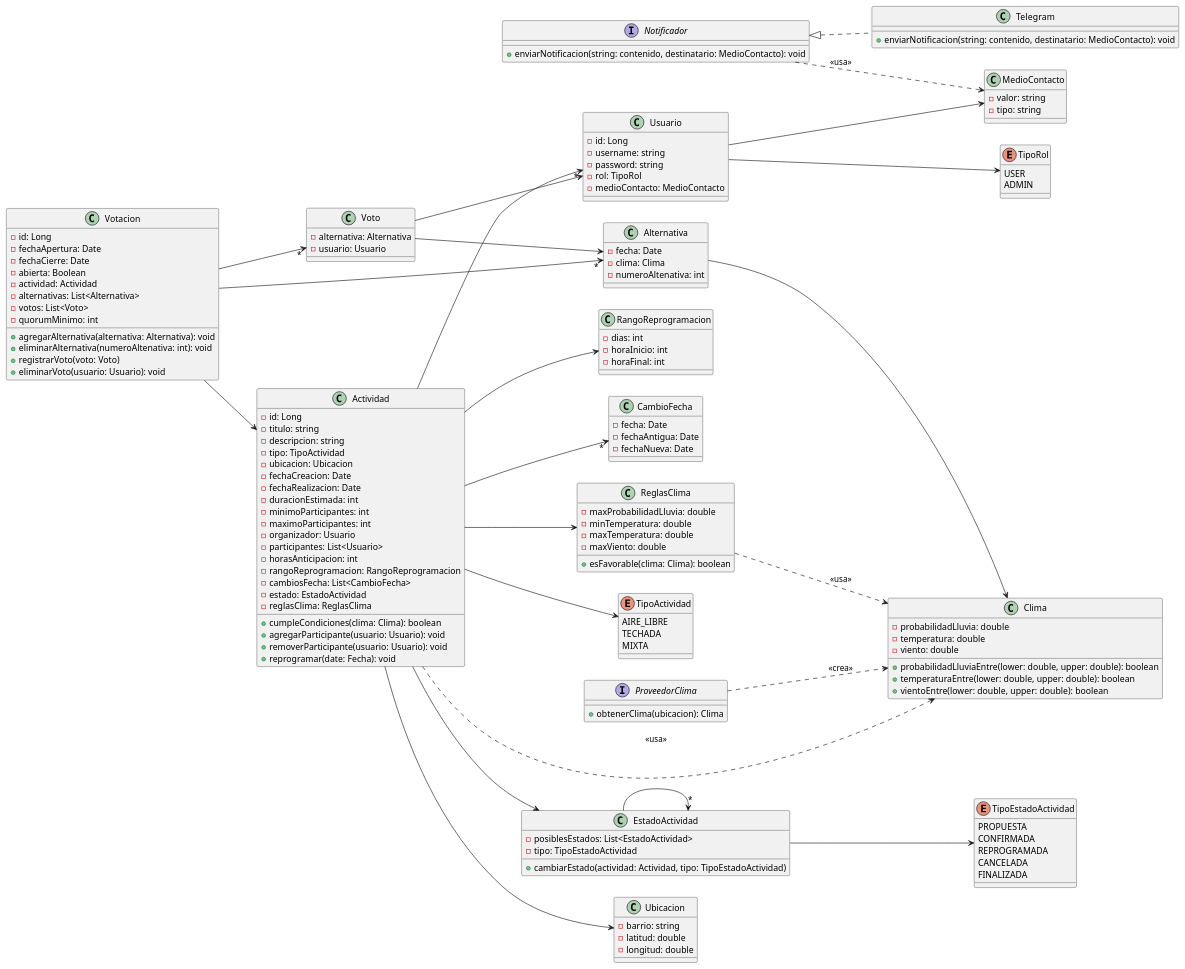
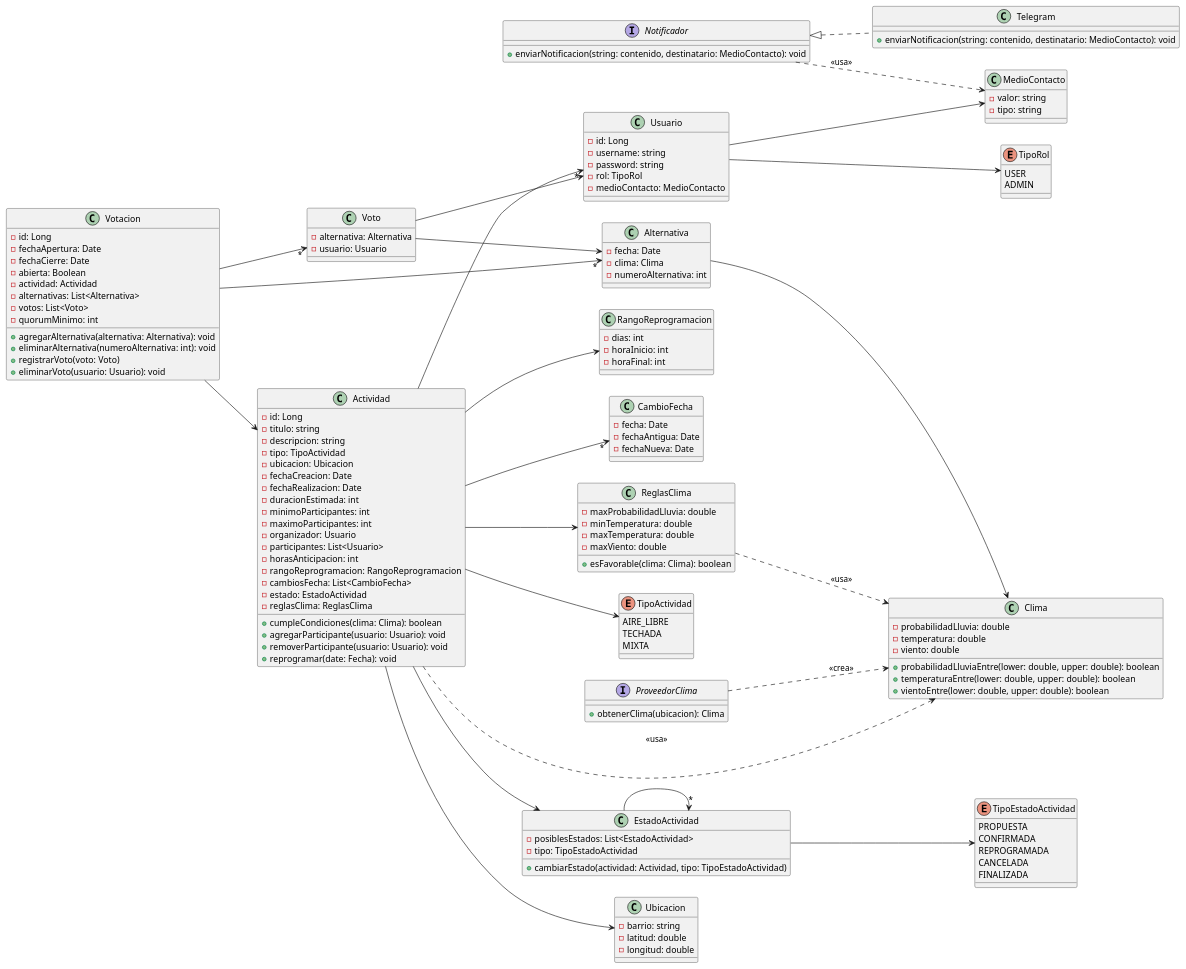
The diagram in diagramas/class-diagram.puml (LucasHerdegen/tacs-tp-2026-2c), drawn with PlantUML before and after one commit. The commit also changed 36 other files, not shown here.

```diff
--- a/diagramas/class-diagram.puml
+++ b/diagramas/class-diagram.puml
@@ -1,187 +1,187 @@
 @startuml class
 left to right direction
 
 class Usuario
 {
     - id: Long
     - username: string
     - password: string
     - rol: TipoRol
     - medioContacto: MedioContacto
 }
 
 Usuario --> TipoRol
 Usuario --> MedioContacto
 
 enum TipoRol
 {
     USER
     ADMIN
 }
 
 class MedioContacto
 {
     - valor: string
     - tipo: string
 }
 
 class Actividad
 {
     - id: Long
     - titulo: string
     - descripcion: string
     - tipo: TipoActividad
     - ubicacion: Ubicacion
     - fechaCreacion: Date
     - fechaRealizacion: Date
     - duracionEstimada: int
     - minimoParticipantes: int
     - maximoParticipantes: int
     - organizador: Usuario
     - participantes: List<Usuario>
     - horasAnticipacion: int
     - rangoReprogramacion: RangoReprogramacion
     - cambiosFecha: List<CambioFecha>
     - estado: EstadoActividad
     - reglasClima: ReglasClima
     + cumpleCondiciones(clima: Clima): boolean
     + agregarParticipante(usuario: Usuario): void
     + removerParticipante(usuario: Usuario): void
     + reprogramar(date: Fecha): void
 }
 
 Actividad --> TipoActividad
 Actividad..> Clima : "<<usa>>"
 Actividad --> Ubicacion
 Actividad -->"*" Usuario
 Actividad --> RangoReprogramacion
 Actividad -->"*" CambioFecha
 Actividad --> EstadoActividad
 Actividad --> ReglasClima
 
 enum TipoActividad
 {
     AIRE_LIBRE
     TECHADA
     MIXTA
 }
 
 class ReglasClima
 {
     - maxProbabilidadLluvia: double
     - minTemperatura: double
     - maxTemperatura: double
     - maxViento: double
     + esFavorable(clima: Clima): boolean
 }
 
 ReglasClima ..> Clima : "<<usa>>"
 
 interface ProveedorClima
 {
     + obtenerClima(ubicacion): Clima
 }
 
 ProveedorClima ..> Clima : "<<crea>>"
 
 class Clima
 {
     - probabilidadLluvia: double
     - temperatura: double
     - viento: double
     + probabilidadLluviaEntre(lower: double, upper: double): boolean
     + temperaturaEntre(lower: double, upper: double): boolean
     + vientoEntre(lower: double, upper: double): boolean
 }
 
 class Ubicacion
 {
     - barrio: string
     - latitud: double
     - longitud: double
 }
 
 class RangoReprogramacion
 {
     - dias: int
     - horaInicio: int
     - horaFinal: int
 }
 
 interface Notificador
 {
     + enviarNotificacion(string: contenido, destinatario: MedioContacto): void
 }
 
 Notificador ..> MedioContacto : "<<usa>>"
 
 class Telegram implements Notificador
 {
     + enviarNotificacion(string: contenido, destinatario: MedioContacto): void
 }
 
 class Votacion
 {
     - id: Long
     - fechaApertura: Date
     - fechaCierre: Date
     - abierta: Boolean
     - actividad: Actividad
     - alternativas: List<Alternativa>
     - votos: List<Voto>
     - quorumMinimo: int
     + agregarAlternativa(alternativa: Alternativa): void
-    + eliminarAlternativa(numeroAltenativa: int): void
+    + eliminarAlternativa(numeroAlternativa: int): void
     + registrarVoto(voto: Voto)
     + eliminarVoto(usuario: Usuario): void
 }
 
 Votacion -->"*" Alternativa
 Votacion -->"*" Voto
 Votacion --> Actividad
 
 class Alternativa
 {
     - fecha: Date
     - clima: Clima
-    - numeroAltenativa: int
+    - numeroAlternativa: int
 }
 
 Alternativa--> Clima
 
 class Voto
 {
     - alternativa: Alternativa
     - usuario: Usuario
 }
 
 Voto --> Usuario
 Voto --> Alternativa
 
 class CambioFecha
 {
     - fecha: Date
     - fechaAntigua: Date
     - fechaNueva: Date
 }
 
 class EstadoActividad
 {
     - posiblesEstados: List<EstadoActividad>
     - tipo: TipoEstadoActividad
     + cambiarEstado(actividad: Actividad, tipo: TipoEstadoActividad)
 }
 
 EstadoActividad -->"*" EstadoActividad
 EstadoActividad --> TipoEstadoActividad
 
 enum TipoEstadoActividad
 {
     PROPUESTA
     CONFIRMADA
     REPROGRAMADA
     CANCELADA
     FINALIZADA
 }
 
 @enduml
```
